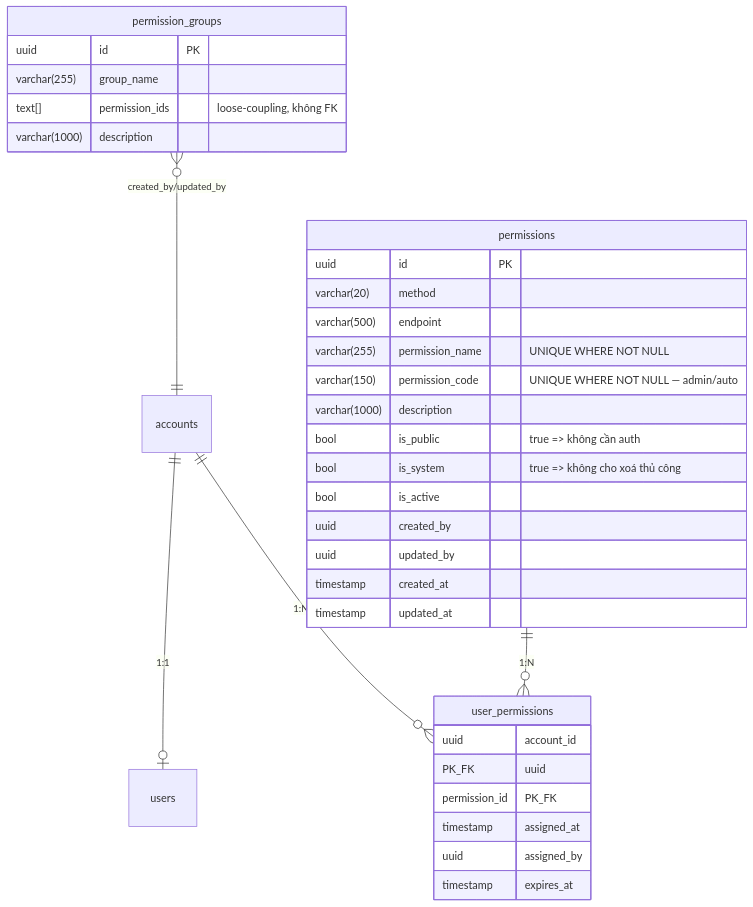
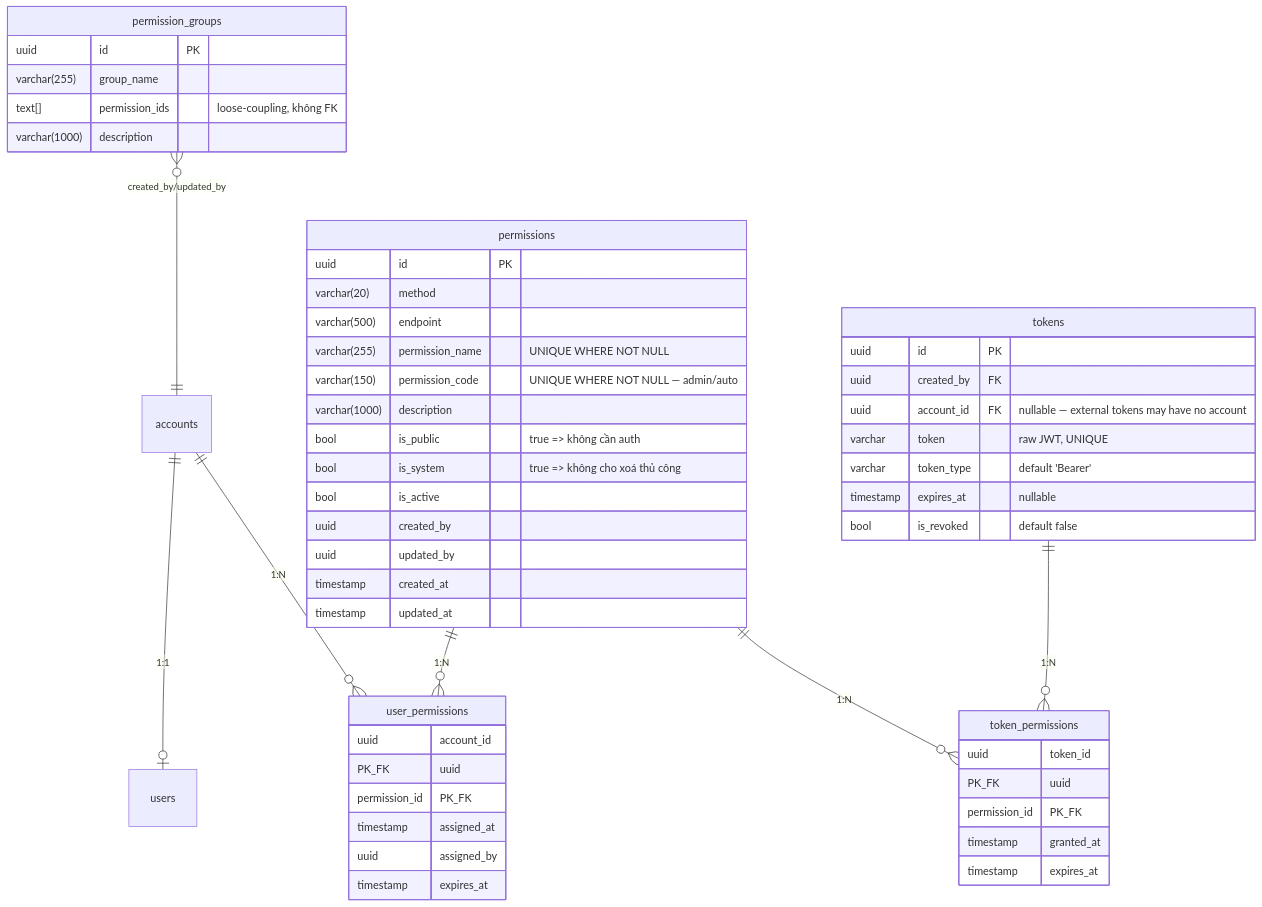
One commit to TienThuan29/dynamic-rbac changed the first of 3 diagrams in docs/dynamic_permission/DYNAMIC_PERMISSION_DESIGN.MD. Above: the diagram before and after it, drawn with Mermaid. The commit also changed other lines of this file and 13 other files, not shown here.

First line of the commit message:
feat: external token support with DB-first dispatch and PermissionCode matching

````diff
--- a/docs/dynamic_permission/DYNAMIC_PERMISSION_DESIGN.MD
+++ b/docs/dynamic_permission/DYNAMIC_PERMISSION_DESIGN.MD
@@ -38,38 +40,58 @@
 ```mermaid
 erDiagram
     accounts ||--o| users : "1:1"
     accounts ||--o{ user_permissions : "1:N"
     permissions ||--o{ user_permissions : "1:N"
     permission_groups }o--|| accounts : "created_by/updated_by"
+
+    tokens ||--o{ token_permissions : "1:N"
+    permissions ||--o{ token_permissions : "1:N"
 
     permissions {
         uuid id PK
         varchar(20) method
         varchar(500) endpoint
         varchar(255) permission_name "UNIQUE WHERE NOT NULL"
         varchar(150) permission_code "UNIQUE WHERE NOT NULL — admin/auto"
         varchar(1000) description
         bool is_public "true => không cần auth"
         bool is_system "true => không cho xoá thủ công"
         bool is_active
         uuid created_by
         uuid updated_by
         timestamp created_at
         timestamp updated_at
     }
 
     user_permissions {
         uuid account_id PK_FK
         uuid permission_id PK_FK
         timestamp assigned_at
         uuid assigned_by
         timestamp expires_at
     }
 
+    token_permissions {
+        uuid token_id PK_FK
+        uuid permission_id PK_FK
+        timestamp granted_at
+        timestamp expires_at
+    }
+
+    tokens {
+        uuid id PK
+        uuid created_by FK
+        uuid account_id FK "nullable — external tokens may have no account"
+        varchar token "raw JWT, UNIQUE"
+        varchar token_type "default 'Bearer'"
+        timestamp expires_at "nullable"
+        bool is_revoked "default false"
+    }
+
     permission_groups {
         uuid id PK
         varchar(255) group_name
         text[] permission_ids "loose-coupling, không FK"
         varchar(1000) description
     }
 ```
````
